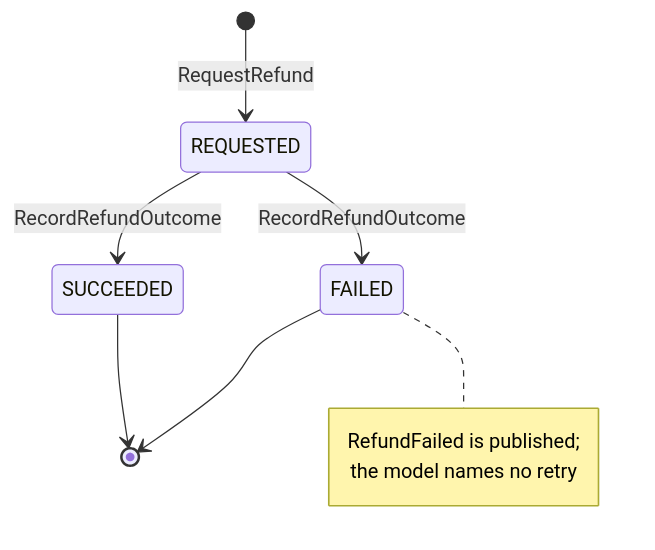
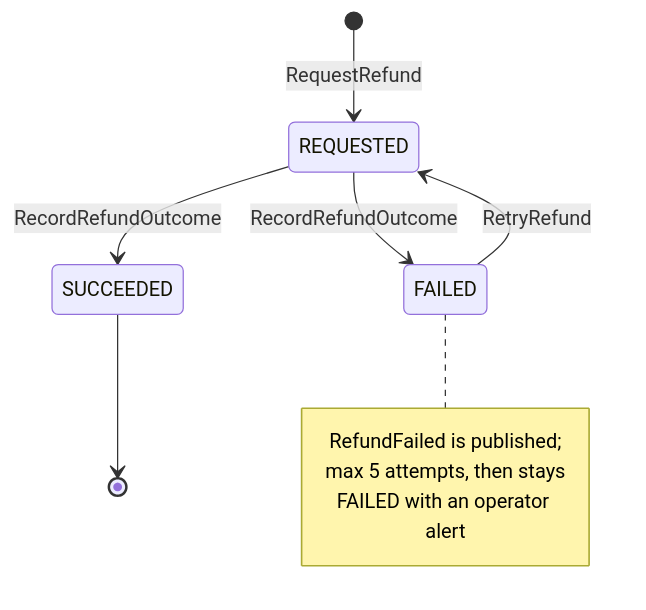
Before and after one commit to IQVO/warehouse-docs: the second of 2 diagrams in storefront/docs/contexts/customer-payments/aggregate-design-canvas.md, drawn with Mermaid. The commit also changed other lines of this file and 11 other files, not shown here.

````diff
--- a/storefront/docs/contexts/customer-payments/aggregate-design-canvas.md
+++ b/storefront/docs/contexts/customer-payments/aggregate-design-canvas.md
@@ -165,12 +172,13 @@
 ```mermaid
 stateDiagram-v2
     [*] --> REQUESTED: RequestRefund
     REQUESTED --> SUCCEEDED: RecordRefundOutcome
     REQUESTED --> FAILED: RecordRefundOutcome
+    FAILED --> REQUESTED: RetryRefund
     SUCCEEDED --> [*]
-    FAILED --> [*]
     note right of FAILED
         RefundFailed is published;
-        the model names no retry
+        max 5 attempts, then stays
+        FAILED with an operator alert
     end note
 ```
````
